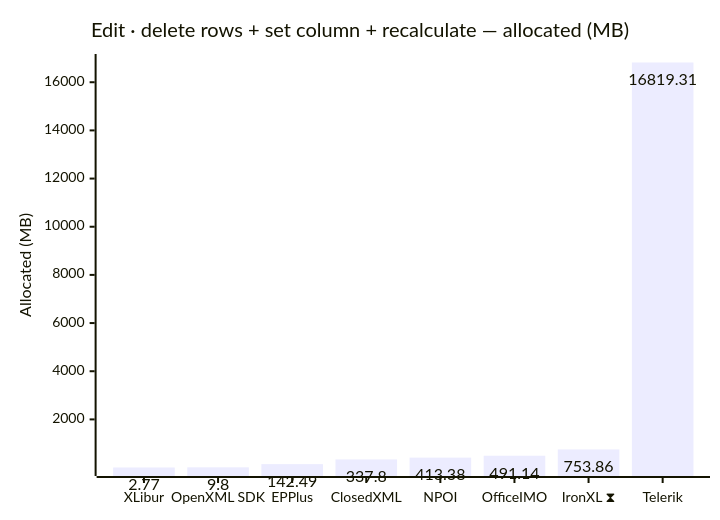
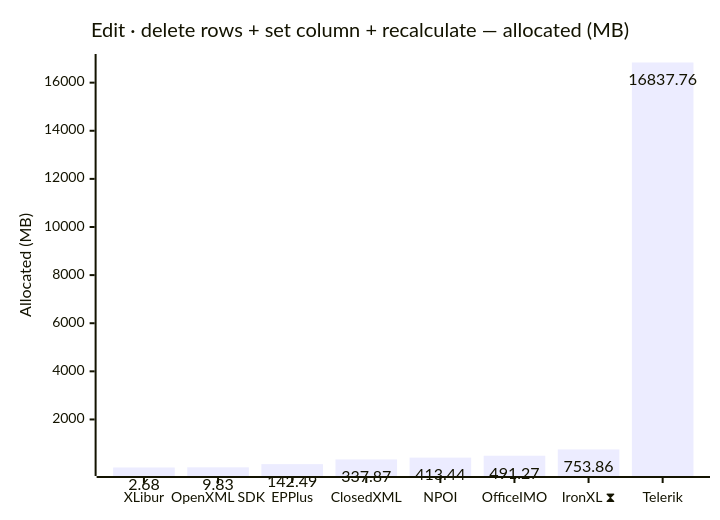
One commit to jafin/XLBench changed the tenth of 12 diagrams in docs/results.md. Above: the diagram before and after it, drawn with Mermaid. The commit also changed other lines of this file and 4 other files, not shown here.

````diff
--- a/docs/results.md
+++ b/docs/results.md
@@ -159,12 +159,12 @@
 ```mermaid
 ---
 config:
   xyChart:
     showDataLabel: true
 ---
 xychart-beta
     title "Edit · delete rows + set column + recalculate — allocated (MB)"
     x-axis ["XLibur", "OpenXML SDK", "EPPlus", "ClosedXML", "NPOI", "OfficeIMO", "IronXL ⧗", "Telerik"]
     y-axis "Allocated (MB)"
-    bar [2.77, 9.8, 142.49, 337.8, 413.38, 491.14, 753.86, 16819.31]
+    bar [2.68, 9.83, 142.49, 337.87, 413.44, 491.27, 753.86, 16837.76]
 ```
````
